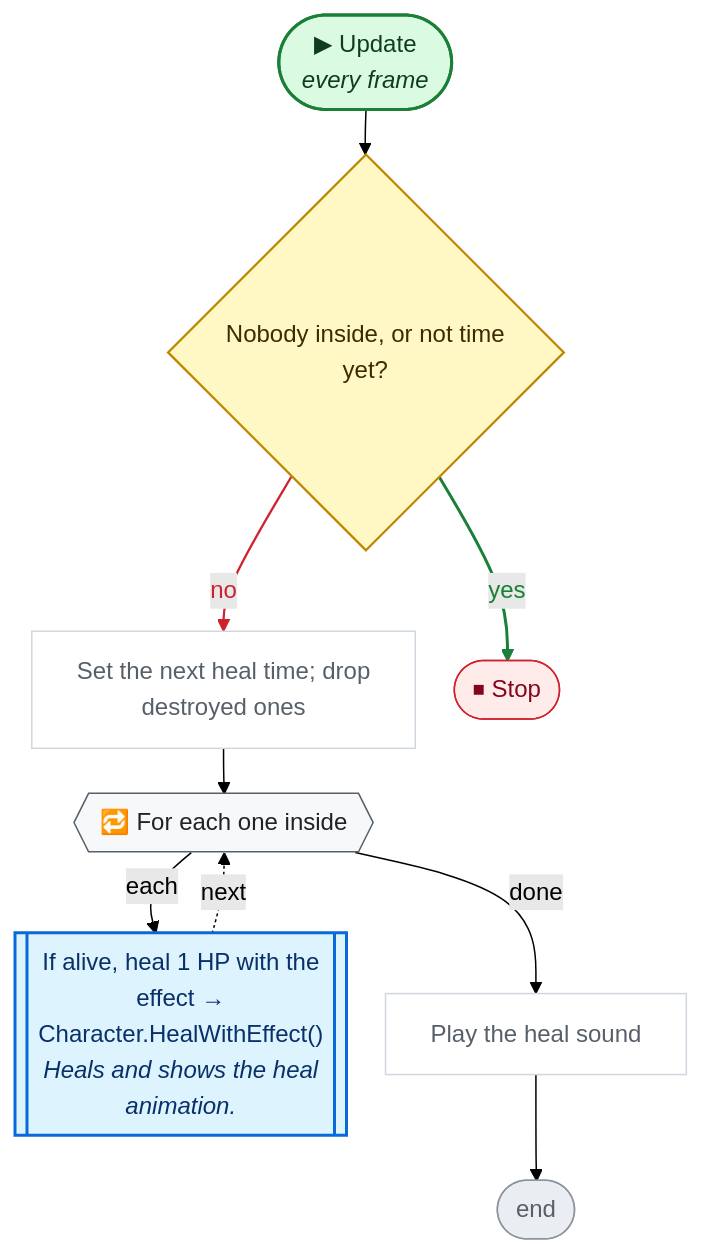
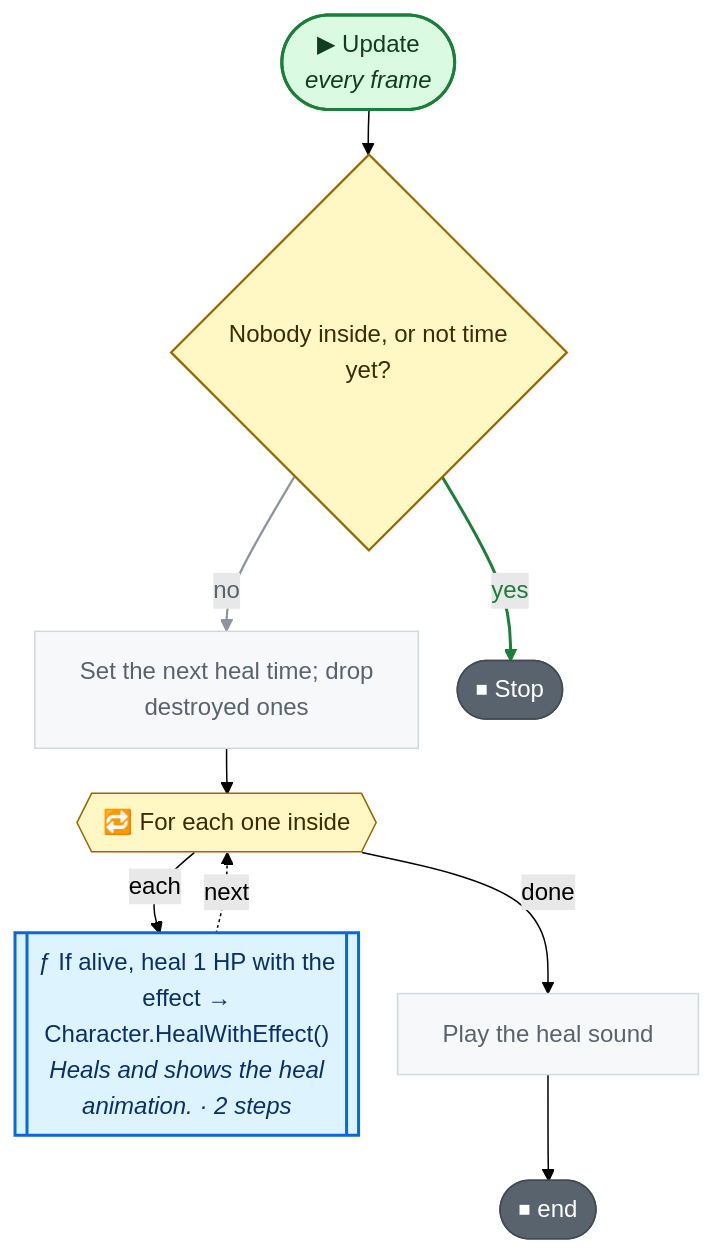
Before and after one commit to nataiai/Lord-of-the-Dungeon: the fourth of 4 diagrams in CodeGraph~/graph/Map/HealingRoom.cs.md, drawn with Mermaid (forest theme). The commit also changed other lines of this file and 57 other files, not shown here.

````diff
--- a/CodeGraph~/graph/Map/HealingRoom.cs.md
+++ b/CodeGraph~/graph/Map/HealingRoom.cs.md
@@ -164,49 +166,49 @@
 ```mermaid
 ---
 config:
   flowchart:
     wrappingWidth: 260
     nodeSpacing: 26
     rankSpacing: 30
 ---
 flowchart TD
   nS(["▶ Update<br><i>every frame</i>"])
   na40354{"Nobody inside, or not time<br>yet?"}
   nc9e746["Set the next heal time; drop<br>destroyed ones"]
   n09e04f{{"🔁 For each one inside"}}
-  n1d953d[["If alive, heal 1 HP with the<br>effect →<br>Character.HealWithEffect()<br><i>Heals and shows the heal</i><br><i>animation.</i>"]]
+  n1d953d[["ƒ If alive, heal 1 HP with the<br>effect →<br>Character.HealWithEffect()<br><i>Heals and shows the heal</i><br><i>animation. · 2 steps</i>"]]
   nc3591d["Play the heal sound"]
-  nE(["end"])
+  nE(["⏹ end"])
   nb2e4fc(["⏹ Stop"])
   nS --> na40354
   na40354 -->|no| nc9e746
   na40354 -->|yes| nb2e4fc
   nc9e746 --> n09e04f
   n09e04f -->|each| n1d953d
   n1d953d -.->|next| n09e04f
   n09e04f -->|done| nc3591d
   nc3591d --> nE
-  linkStyle 1 stroke:#cf222e,stroke-width:1.5px,color:#cf222e
+  linkStyle 1 stroke:#8c959f,stroke-width:1.5px,color:#59636e
   linkStyle 2 stroke:#1a7f37,stroke-width:2px,color:#1a7f37
   classDef unity fill:#dafbe1,stroke:#1a7f37,stroke-width:2px,color:#0f3d1d
   classDef start fill:#dafbe1,stroke:#1a7f37,stroke-width:2px,color:#0f3d1d
-  classDef calc fill:#ffffff,stroke:#d0d7de,color:#57606a
+  classDef calc fill:#f6f8fa,stroke:#d1d9e0,color:#59636e
   classDef calls fill:#ddf4ff,stroke:#0969da,stroke-width:2px,color:#0a3069
-  classDef ext fill:#ddf4ff,stroke:#0969da,stroke-width:2px,stroke-dasharray:5 3,color:#0a3069
-  classDef cond fill:#fff8c5,stroke:#bf8700,stroke-width:1.5px,color:#3d2a00
-  classDef loop fill:#f6f8fa,stroke:#57606a,color:#1f2328
-  classDef exit fill:#ffebe9,stroke:#cf222e,color:#82071e
+  classDef ext fill:#f6f8fa,stroke:#59636e,stroke-width:1.5px,stroke-dasharray:5 5,color:#1f2328
+  classDef cond fill:#fff8c5,stroke:#9a6700,stroke-width:1.5px,color:#3d2a00
+  classDef loop fill:#fff8c5,stroke:#9a6700,color:#3d2a00
+  classDef wait fill:#fff8c5,stroke:#9a6700,color:#3d2a00
+  classDef exit fill:#59636e,stroke:#424a53,color:#ffffff
+  classDef fin fill:#59636e,stroke:#424a53,color:#ffffff
+  classDef act fill:#ffffff,stroke:#59636e,stroke-width:1.5px,color:#1f2328
   classDef kill fill:#ffebe9,stroke:#cf222e,stroke-width:2px,color:#82071e
-  classDef spawn fill:#dafbe1,stroke:#1a7f37,stroke-width:2px,color:#0f3d1d
-  classDef wait fill:#fff1e5,stroke:#bc4c00,color:#4d1d00
-  classDef fin fill:#eaeef2,stroke:#8c959f,color:#57606a
   classDef join fill:#d0d7de,stroke:#8c959f,color:#57606a
   classDef ghdr fill:#f5f9ff,stroke:#f5f9ff,color:#0a3069,font-weight:bold
   class nc9e746,nc3591d calc
   class n1d953d calls
   class na40354 cond
   class nb2e4fc exit
   class nE fin
   class n09e04f loop
   class nS unity
 ```
````
